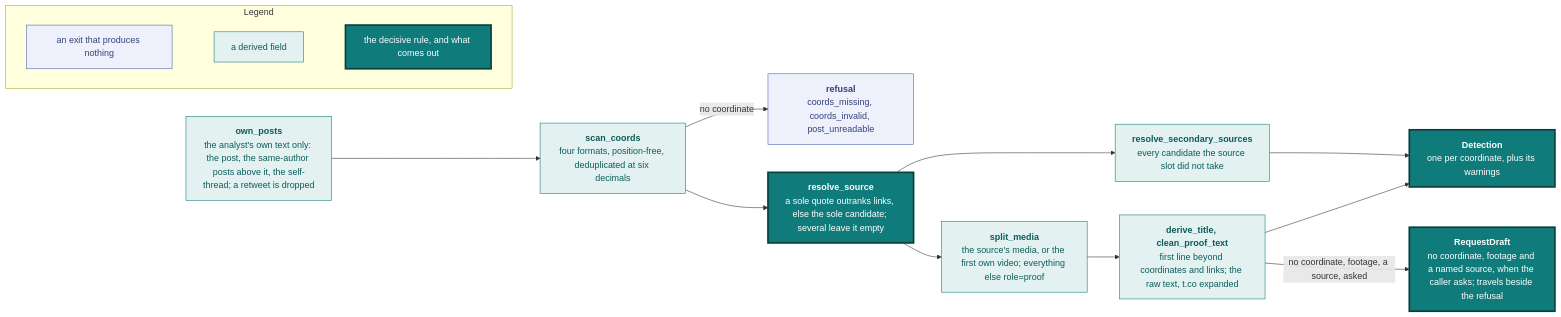
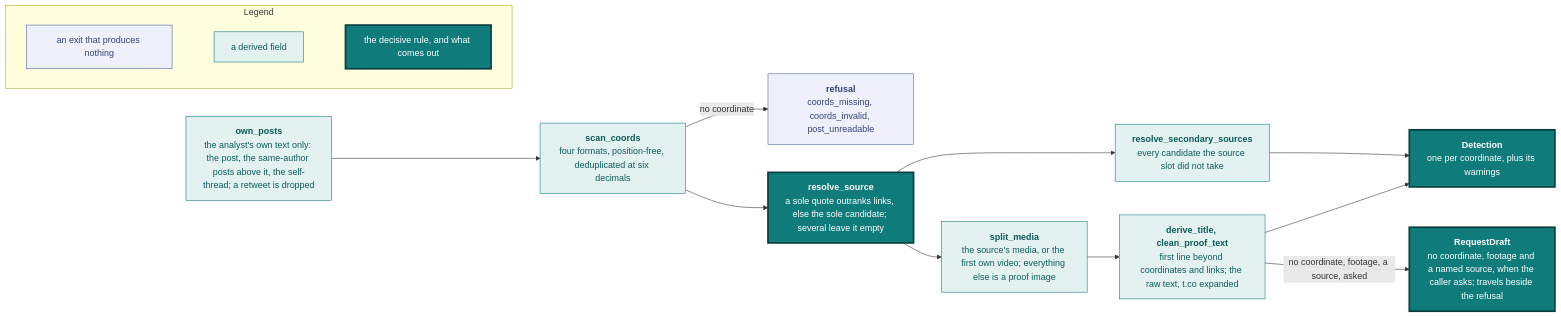
One commit to vidithq/vidit changed the second of 6 diagrams in docs/ingestion.md. Above: the diagram before and after it, drawn with Mermaid. The commit also changed other lines of this file and 6 other files, not shown here.

````diff
--- a/docs/ingestion.md
+++ b/docs/ingestion.md
@@ -77,39 +77,39 @@
 ```mermaid
 flowchart LR
   classDef spec fill:#eef1fb,stroke:#4a5fa5,color:#33417a
   classDef shared fill:#e3f2f1,stroke:#0f7b7a,color:#0b5c5b
   classDef core fill:#0f7b7a,stroke:#083f3e,stroke-width:3px,color:#ffffff
 
   subgraph legend [Legend]
     direction LR
     l1["`an exit that produces nothing`"]:::spec
     l2["`a derived field`"]:::shared
     l3["`the decisive rule, and what comes out`"]:::core
     l1 ~~~ l2 ~~~ l3
   end
 
   text["`**own_posts**
   the analyst's own text only: the post, the same-author posts above it, the self-thread; a retweet is dropped`"]:::shared
   coords["`**scan_coords**
   four formats, position-free, deduplicated at six decimals`"]:::shared
   refuse["`**refusal**
   coords_missing, coords_invalid, post_unreadable`"]:::spec
   src["`**resolve_source**
   a sole quote outranks links, else the sole candidate; several leave it empty`"]:::core
   sec["`**resolve_secondary_sources**
   every candidate the source slot did not take`"]:::shared
   media["`**split_media**
-  the source's media, or the first own video; everything else role=proof`"]:::shared
+  the source's media, or the first own video; everything else is a proof image`"]:::shared
   title["`**derive_title, clean_proof_text**
   first line beyond coordinates and links; the raw text, t.co expanded`"]:::shared
   detection["`**Detection**
   one per coordinate, plus its warnings`"]:::core
   draft["`**RequestDraft**
   no coordinate, footage and a named source, when the caller asks; travels beside the refusal`"]:::core
 
   text --> coords
   coords -- "no coordinate" --> refuse
   coords --> src --> media --> title --> detection
   src --> sec --> detection
   title -- "no coordinate, footage, a source, asked" --> draft
 ```
````
